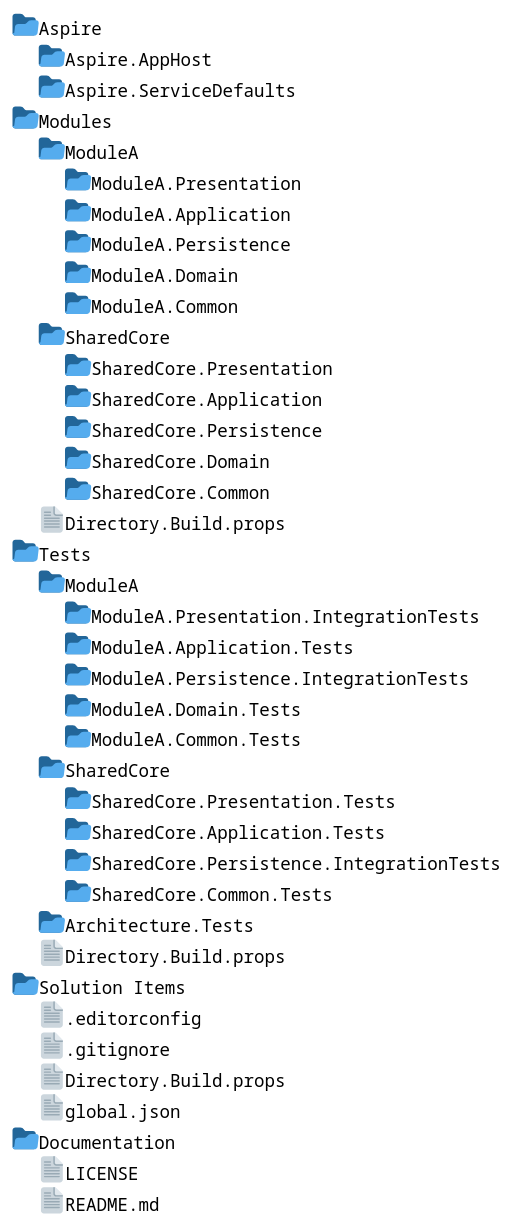
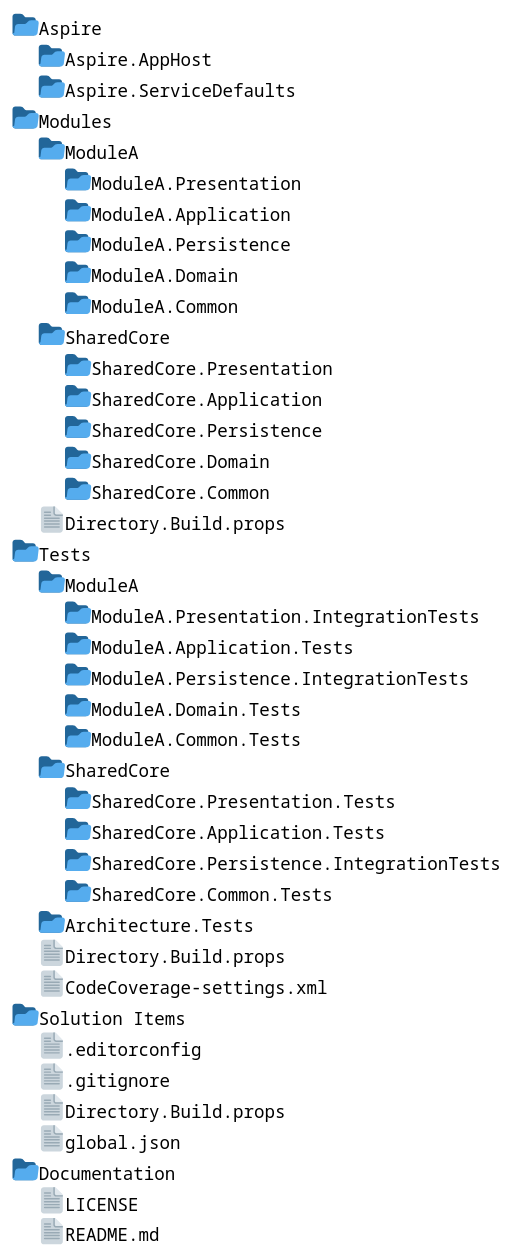
Before and after one commit to p-martinho/Modular.Api.Template: the diagram in docs/SolutionFolders.pu, drawn with PlantUML. The commit also changed 4 other files, not shown here.

```diff
--- a/docs/SolutionFolders.pu
+++ b/docs/SolutionFolders.pu
@@ -1,34 +1,35 @@
 @startfiles
 
 /Aspire/Aspire.AppHost/
 /Aspire/Aspire.ServiceDefaults/
 /Modules/ModuleA/ModuleA.Presentation/
 /Modules/ModuleA/ModuleA.Application/
 /Modules/ModuleA/ModuleA.Persistence/
 /Modules/ModuleA/ModuleA.Domain/
 /Modules/ModuleA/ModuleA.Common/
 /Modules/SharedCore/SharedCore.Presentation/
 /Modules/SharedCore/SharedCore.Application/
 /Modules/SharedCore/SharedCore.Persistence/
 /Modules/SharedCore/SharedCore.Domain/
 /Modules/SharedCore/SharedCore.Common/
 /Modules/Directory.Build.props
 /Tests/ModuleA/ModuleA.Presentation.IntegrationTests/
 /Tests/ModuleA/ModuleA.Application.Tests/
 /Tests/ModuleA/ModuleA.Persistence.IntegrationTests/
 /Tests/ModuleA/ModuleA.Domain.Tests/
 /Tests/ModuleA/ModuleA.Common.Tests/
 /Tests/SharedCore/SharedCore.Presentation.Tests/
 /Tests/SharedCore/SharedCore.Application.Tests/
 /Tests/SharedCore/SharedCore.Persistence.IntegrationTests/
 /Tests/SharedCore/SharedCore.Common.Tests/
 /Tests/Architecture.Tests/
 /Tests/Directory.Build.props
+/Tests/CodeCoverage-settings.xml
 /Solution Items/.editorconfig
 /Solution Items/.gitignore
 /Solution Items/Directory.Build.props
 /Solution Items/global.json
 /Documentation/LICENSE
 /Documentation/README.md
 
 @endfiles
```
